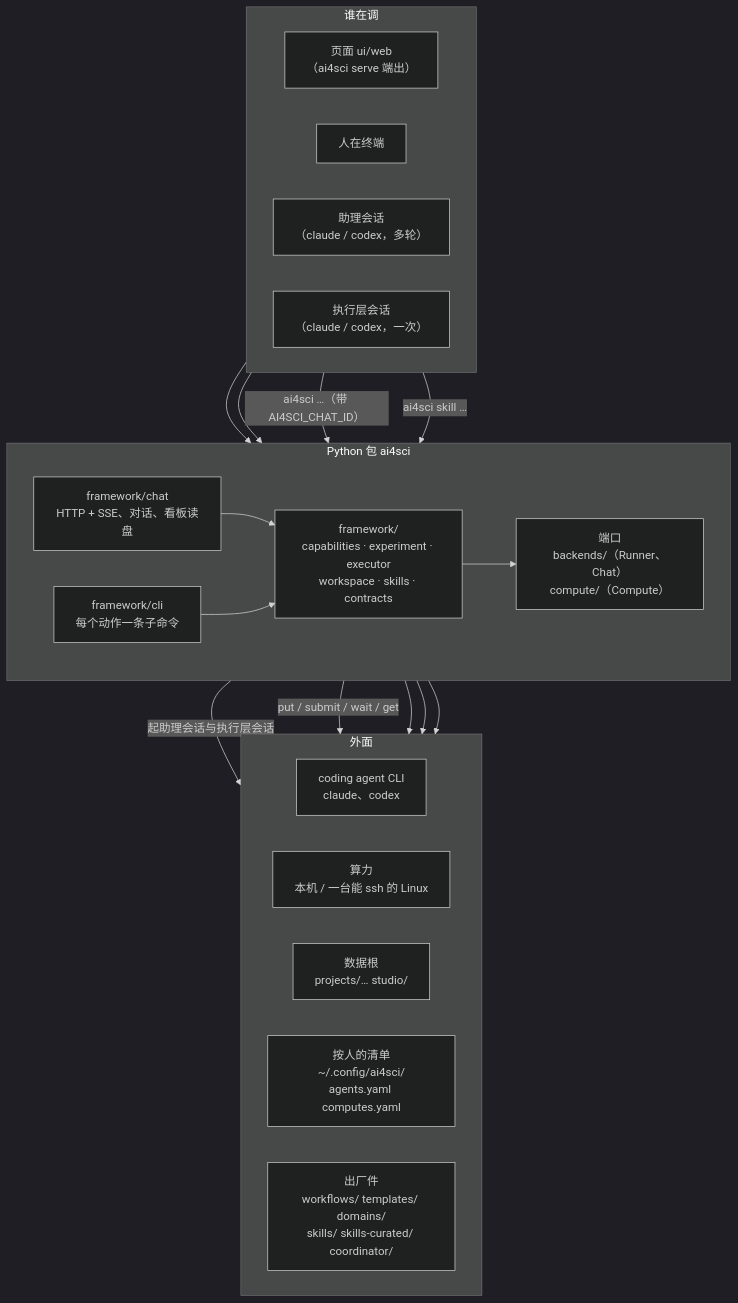
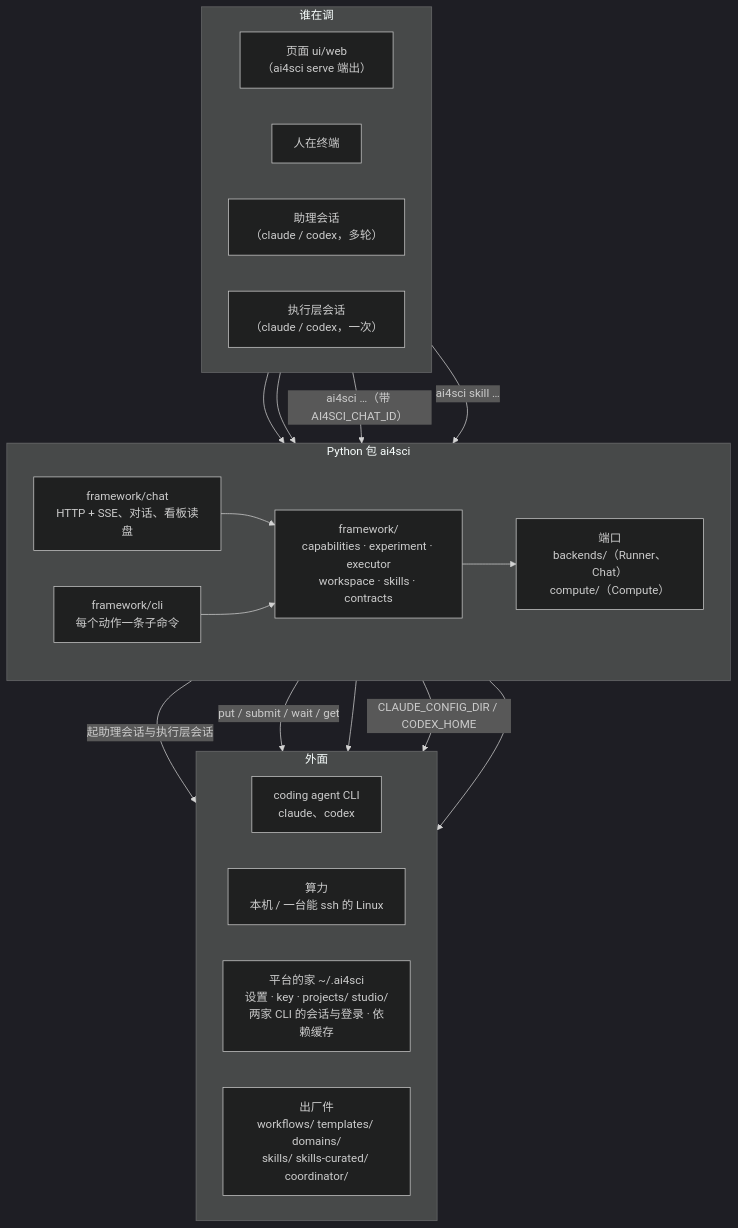
Before and after one commit to zephyr4123/TJU-AI4Science-Platform: the diagram in README.md, drawn with Mermaid (dark theme). The commit also changed other lines of this file and 160 other files, not shown here.

First line of the commit message:
平台的家收进 ~/.ai4sci：设置、项目、两家 CLI 的会话与登录、依赖缓存，一键清除（#264）

````diff
--- a/README.md
+++ b/README.md
@@ -13,37 +13,36 @@
 ```mermaid
 flowchart TB
   subgraph CLIENTS["谁在调"]
     direction LR
     UI["页面 ui/web<br/>（ai4sci serve 端出）"]
     TERM["人在终端"]
     AST["助理会话<br/>（claude / codex，多轮）"]
     EXE["执行层会话<br/>（claude / codex，一次）"]
   end
   subgraph PKG["Python 包 ai4sci"]
     direction LR
     SRV["framework/chat<br/>HTTP + SSE、对话、看板读盘"]
     CLI["framework/cli<br/>每个动作一条子命令"]
     CORE["framework/<br/>capabilities · experiment · executor<br/>workspace · skills · contracts"]
     PORTS["端口<br/>backends/（Runner、Chat）<br/>compute/（Compute）"]
   end
   subgraph OUT["外面"]
     direction LR
     CC["coding agent CLI<br/>claude、codex"]
     MACH["算力<br/>本机 / 一台能 ssh 的 Linux"]
-    DATA["数据根<br/>projects/… studio/"]
-    CFG["按人的清单<br/>~/.config/ai4sci/<br/>agents.yaml computes.yaml"]
+    HOME["平台的家 ~/.ai4sci<br/>设置 · key · projects/ studio/<br/>两家 CLI 的会话与登录 · 依赖缓存"]
     SHIP["出厂件<br/>workflows/ templates/ domains/<br/>skills/ skills-curated/ coordinator/"]
   end
   UI --> SRV
   TERM --> CLI
   AST -- "ai4sci …（带 AI4SCI_CHAT_ID）" --> CLI
   EXE -- "ai4sci skill …" --> CLI
   SRV --> CORE
   CLI --> CORE
   CORE --> PORTS
   PORTS -- "起助理会话与执行层会话" --> CC
   PORTS -- "put / submit / wait / get" --> MACH
-  CORE --> DATA
-  CORE --> CFG
+  CORE --> HOME
+  PORTS -- "CLAUDE_CONFIG_DIR / CODEX_HOME" --> HOME
   CORE --> SHIP
 ```
````
